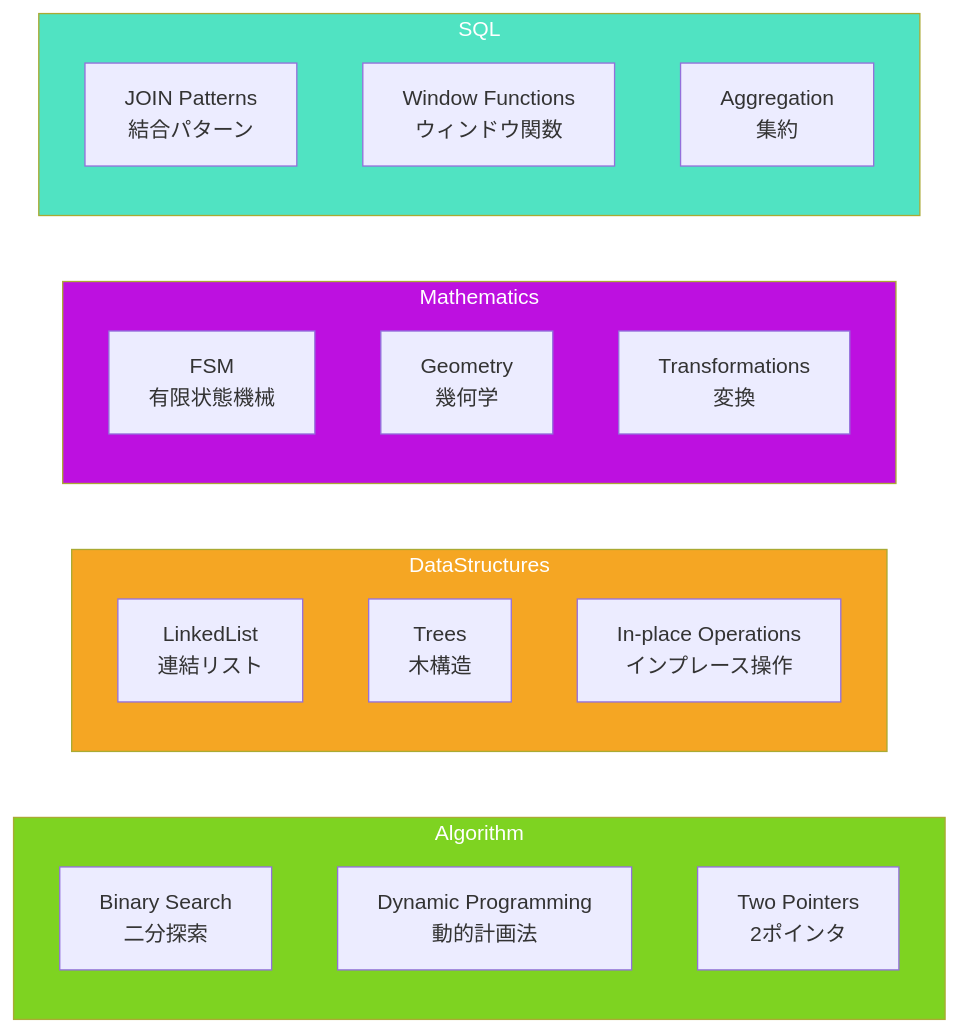
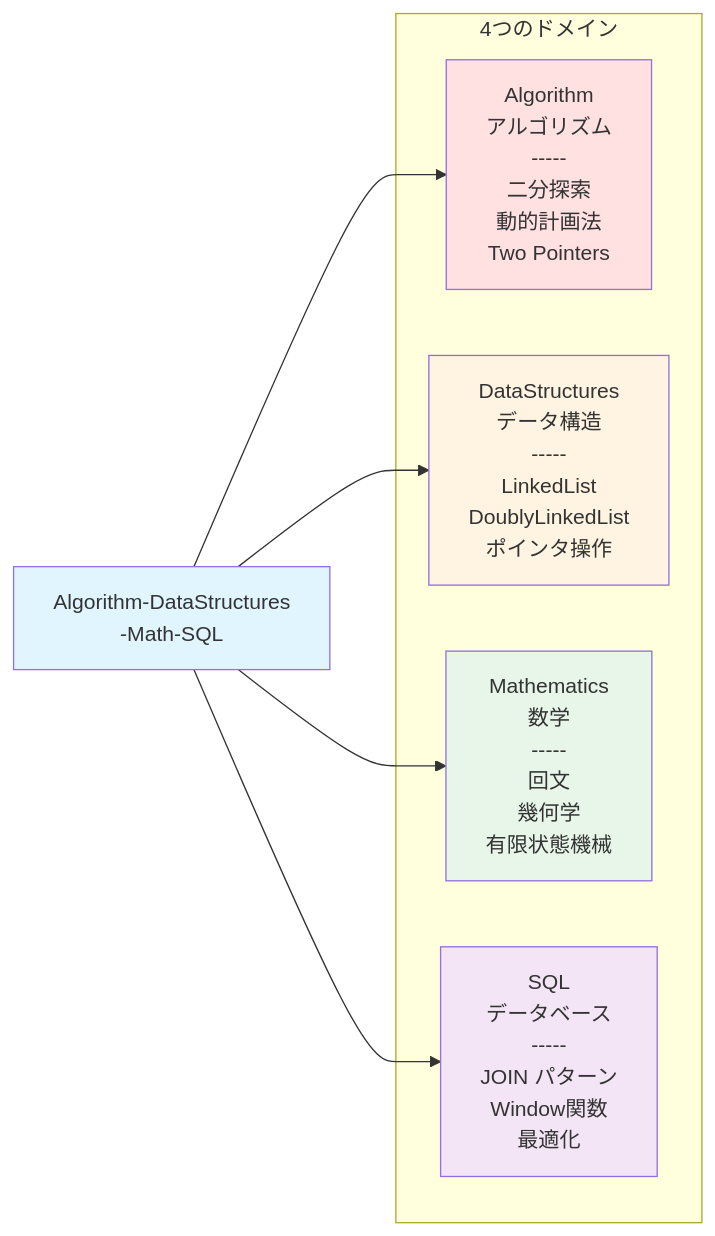
The second of 11 diagrams in README.md (myoshi2891/Algorithm-DataStructures-Math-SQL), drawn with Mermaid before and after one commit. The commit also changed other lines of this file, not shown here.

````diff
--- a/README.md
+++ b/README.md
@@ -79,31 +86,22 @@
 ```mermaid
 graph LR
-    subgraph Algorithm
-        A1[Binary Search<br/>二分探索]
-        A2[Dynamic Programming<br/>動的計画法]
-        A3[Two Pointers<br/>2ポインタ]
+    Root[Algorithm-DataStructures<br/>-Math-SQL]
+    
+    subgraph Domains[4つのドメイン]
+        Algo[Algorithm<br/>アルゴリズム<br/>-----<br/>二分探索<br/>動的計画法<br/>Two Pointers]
+        DS[DataStructures<br/>データ構造<br/>-----<br/>LinkedList<br/>DoublyLinkedList<br/>ポインタ操作]
+        Math[Mathematics<br/>数学<br/>-----<br/>回文<br/>幾何学<br/>有限状態機械]
+        SQL[SQL<br/>データベース<br/>-----<br/>JOIN パターン<br/>Window関数<br/>最適化]
     end
-
-    subgraph DataStructures
-        D1[LinkedList<br/>連結リスト]
-        D2[Trees<br/>木構造]
-        D3[In-place Operations<br/>インプレース操作]
-    end
-
-    subgraph Mathematics
-        M1[FSM<br/>有限状態機械]
-        M2[Geometry<br/>幾何学]
-        M3[Transformations<br/>変換]
-    end
-
-    subgraph SQL
-        S1[JOIN Patterns<br/>結合パターン]
-        S2[Window Functions<br/>ウィンドウ関数]
-        S3[Aggregation<br/>集約]
-    end
-
-    style Algorithm fill:#7ED321,color:#fff
-    style DataStructures fill:#F5A623,color:#fff
-    style Mathematics fill:#BD10E0,color:#fff
-    style SQL fill:#50E3C2,color:#fff
+    
+    Root --> Algo
+    Root --> DS
+    Root --> Math
+    Root --> SQL
+    
+    style Root fill:#e1f5ff
+    style Algo fill:#ffe1e1
+    style DS fill:#fff4e1
+    style Math fill:#e8f5e9
+    style SQL fill:#f3e5f5
 ```
````
